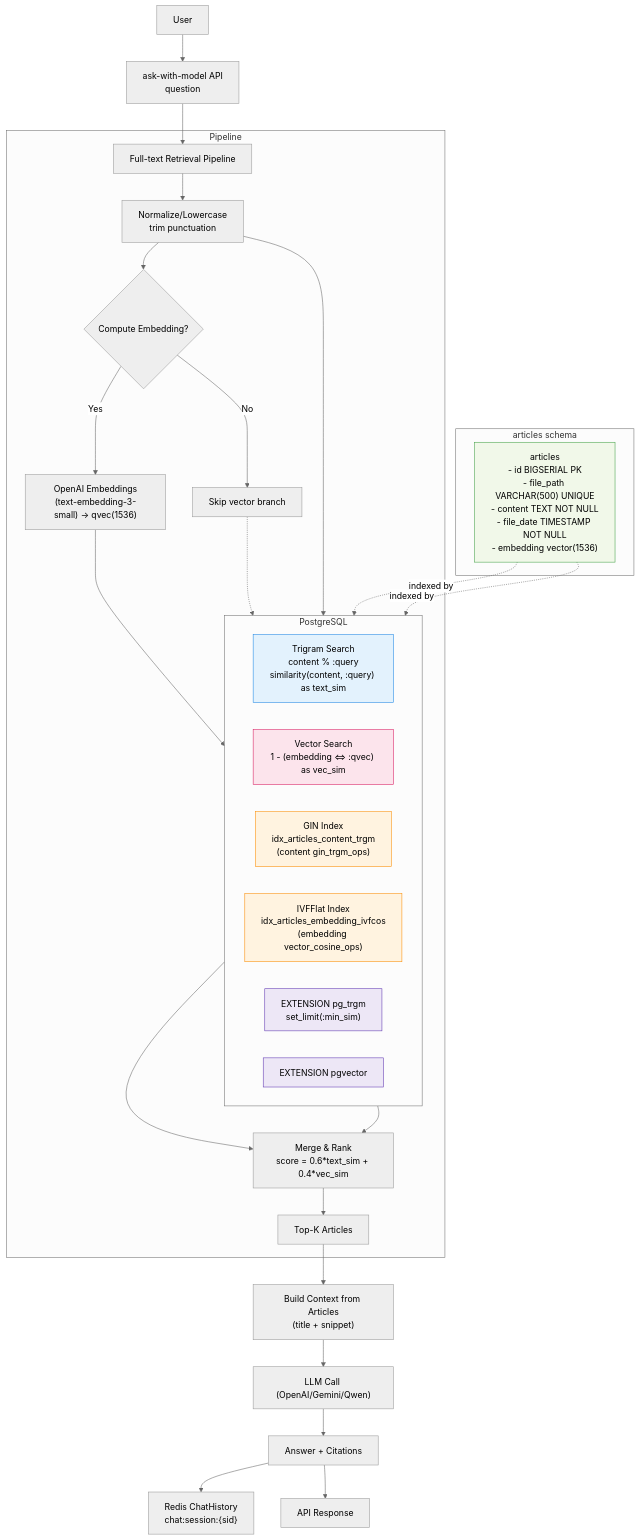
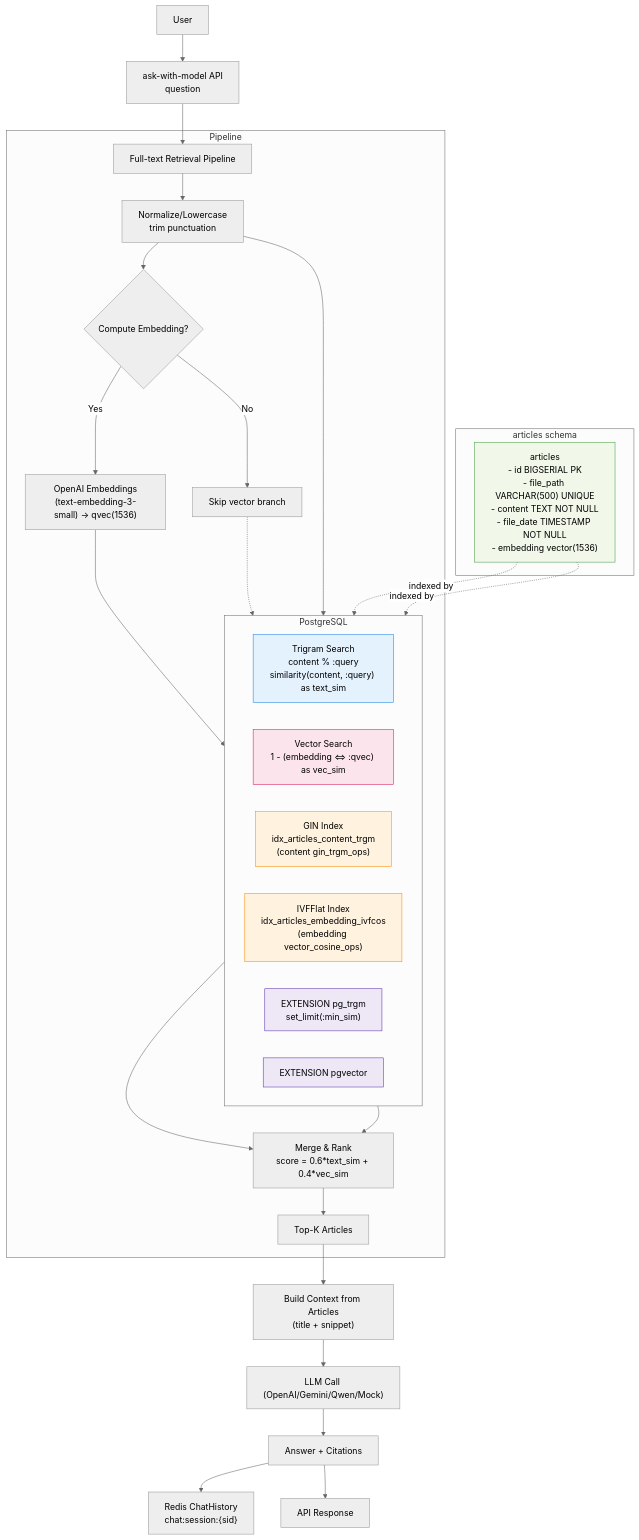
One commit to Vinskao/maya-sawa-v2 changed the third of 3 diagrams in README.md. Above: the diagram before and after it, drawn with Mermaid (neutral theme). The commit also changed other lines of this file and 1 other file, not shown here.

````diff
--- a/README.md
+++ b/README.md
@@ -99,53 +97,53 @@
 ```mermaid
 graph TD
   %% 使用者與入口
   U["User"] --> Q["ask-with-model API<br/>question"]
   Q --> P["Full-text Retrieval Pipeline"]
 
   %% 檢索流程
   subgraph "Pipeline"
     P --> N["Normalize/Lowercase<br/>trim punctuation"]
     N --> E{"Compute Embedding?"}
     E -- Yes --> EM["OpenAI Embeddings<br/>(text-embedding-3-small) → qvec(1536)"]
     E -- No --> SKIP["Skip vector branch"]
 
     %% Postgres 檢索（Trigram 與 Vector）
     subgraph "PostgreSQL"
       direction LR
       PG1["Trigram Search<br/>content % :query<br/>similarity(content, :query) as text_sim"]:::trgm
       PG2["Vector Search<br/>1 - (embedding <=> :qvec) as vec_sim"]:::vec
       IDX1["GIN Index<br/>idx_articles_content_trgm<br/>(content gin_trgm_ops)"]:::idx
       IDX2["IVFFlat Index<br/>idx_articles_embedding_ivfcos<br/>(embedding vector_cosine_ops)"]:::idx
       EXT1["EXTENSION pg_trgm<br/>set_limit(:min_sim)"]:::ext
       EXT2["EXTENSION pgvector"]:::ext
     end
 
     EM --> PG2
     SKIP -.-> PG1
     N --> PG1
     PG1 --> MRG["Merge & Rank<br/>score = 0.6*text_sim + 0.4*vec_sim"]
     PG2 --> MRG
     MRG --> TOPK["Top-K Articles"]
   end
 
   %% 後處理與回傳
   TOPK --> CTX["Build Context from Articles<br/>(title + snippet)"]
-  CTX --> AI["LLM Call (OpenAI/Gemini/Qwen)"]
+  CTX --> AI["LLM Call (OpenAI/Gemini/Qwen/Mock)"]
   AI --> RESP["Answer + Citations"]
   RESP --> RDS["Redis ChatHistory<br/>chat:session:{sid}"]
   RESP --> OUT["API Response"]
 
   %% 資料表與索引
   subgraph "articles schema"
     TBL["articles<br/>- id BIGSERIAL PK<br/>- file_path VARCHAR(500) UNIQUE<br/>- content TEXT NOT NULL<br/>- file_date TIMESTAMP NOT NULL<br/>- embedding vector(1536)"]:::tbl
   end
   TBL -. indexed by .-> IDX1
   TBL -. indexed by .-> IDX2
 
   %% 樣式
   classDef trgm fill:#e3f2fd,stroke:#1e88e5,stroke-width:1px
   classDef vec fill:#fce4ec,stroke:#d81b60,stroke-width:1px
   classDef idx fill:#fff3e0,stroke:#fb8c00,stroke-width:1px
   classDef ext fill:#ede7f6,stroke:#5e35b1,stroke-width:1px
   classDef tbl fill:#f1f8e9,stroke:#43a047,stroke-width:1px
 ```
````
